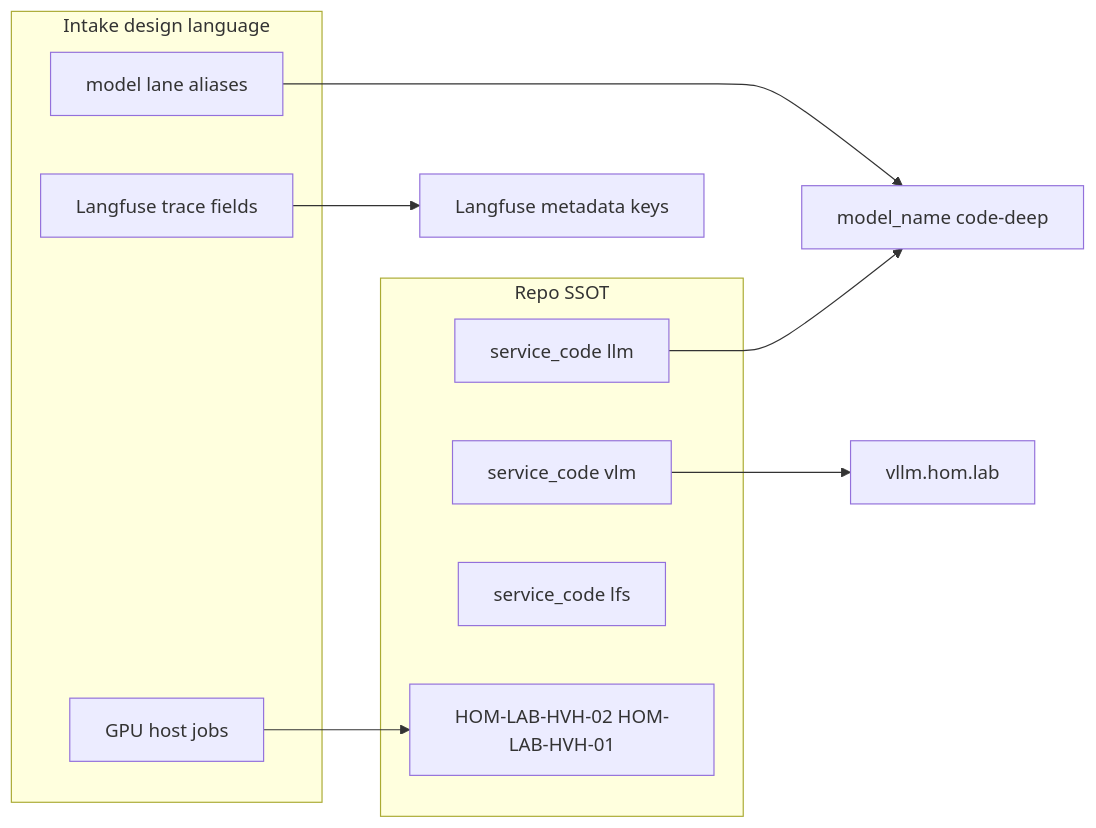
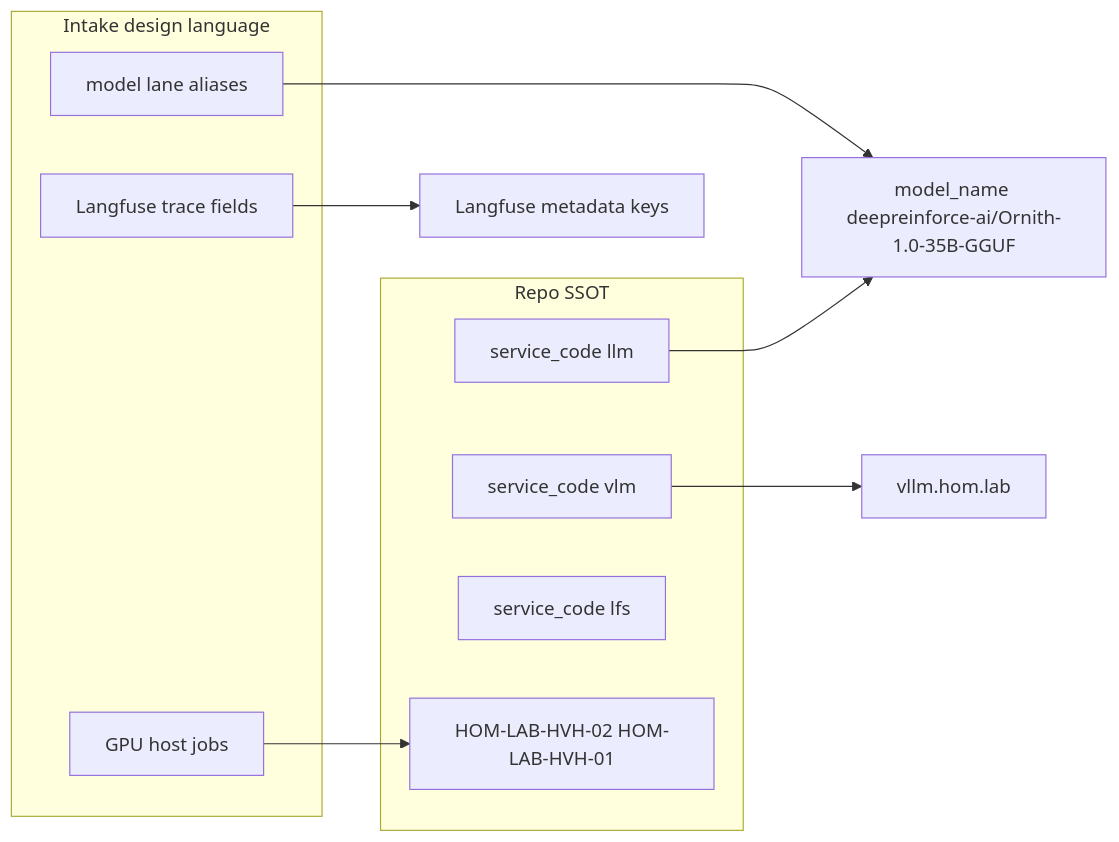
Before and after one commit to doesitscript/dotfile-vnext: the third of 3 diagrams in docs/plans/2026-05-29--ai-homelab-intake-execution-incomplete-wip/README.md, drawn with Mermaid. The commit also changed other lines of this file and 52 other files, not shown here.

````diff
--- a/docs/plans/2026-05-29--ai-homelab-intake-execution-incomplete-wip/README.md
+++ b/docs/plans/2026-05-29--ai-homelab-intake-execution-incomplete-wip/README.md
@@ -173,21 +173,21 @@
 ```mermaid
 graph LR
   subgraph intake_vocab [Intake design language]
     ml[model lane aliases]
     jobs[GPU host jobs]
     trace[Langfuse trace fields]
   end
 
   subgraph repo_ssot [Repo SSOT]
     llm_code[service_code llm]
     vlm_code[service_code vlm]
     lfs_code[service_code lfs]
     hosts[HOM-LAB-HVH-02 HOM-LAB-HVH-01]
   end
 
-  ml --> litellm_name[model_name code-deep]
+  ml --> litellm_name[model_name deepreinforce-ai/Ornith-1.0-35B-GGUF]
   jobs --> hosts
   trace --> lfs_meta[Langfuse metadata keys]
   llm_code --> litellm_name
   vlm_code --> vllm_pub[vllm.hom.lab]
 ```
````
